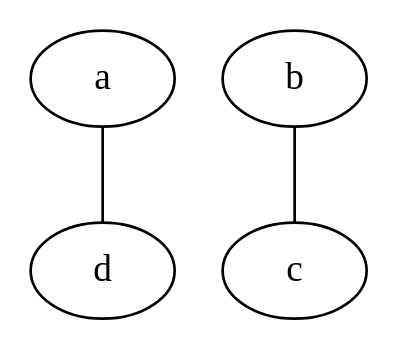
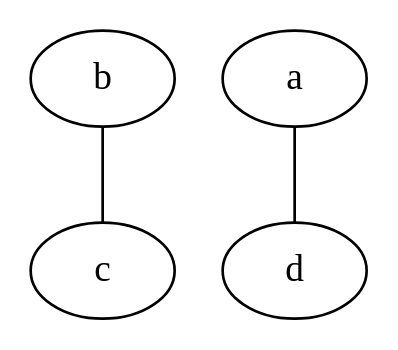
Before and after one commit to Mielecki/Traces: the diagram in output/graph_independence.gv, drawn with Graphviz. The commit also changed other lines of this file and 9 other files, not shown here.

Commit message:
Fix hasseDiagram creating bug

```diff
--- a/output/graph_independence.gv
+++ b/output/graph_independence.gv
@@ -1,8 +1,8 @@
 graph graphname {
+c0 [label="c"]
+a0 [label="a"]
 d0 [label="d"]
 b0 [label="b"]
-c0 [label="c"]
-a0 [label="a"]
+a0 -- d0;
 b0 -- c0;
-a0 -- d0;
 }
```
